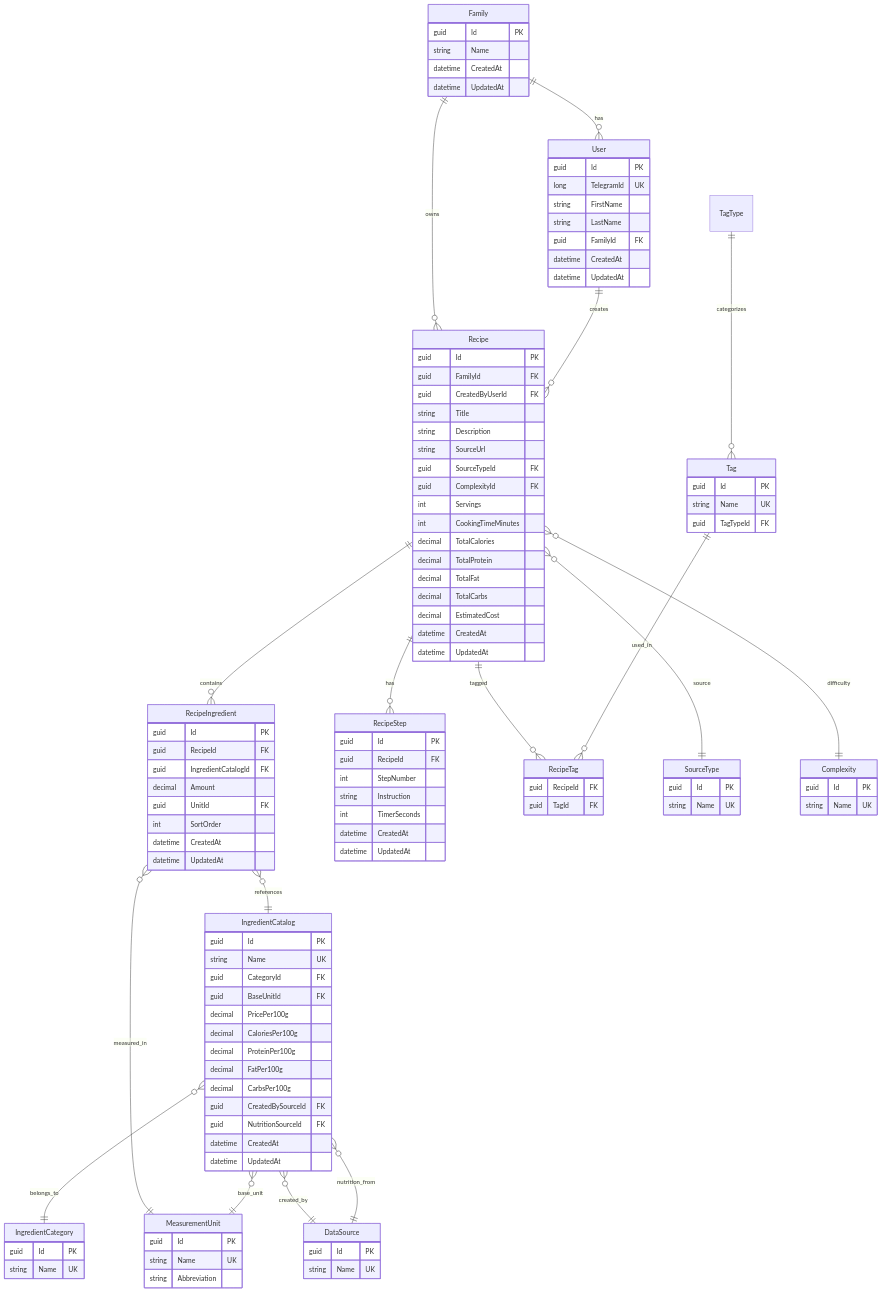
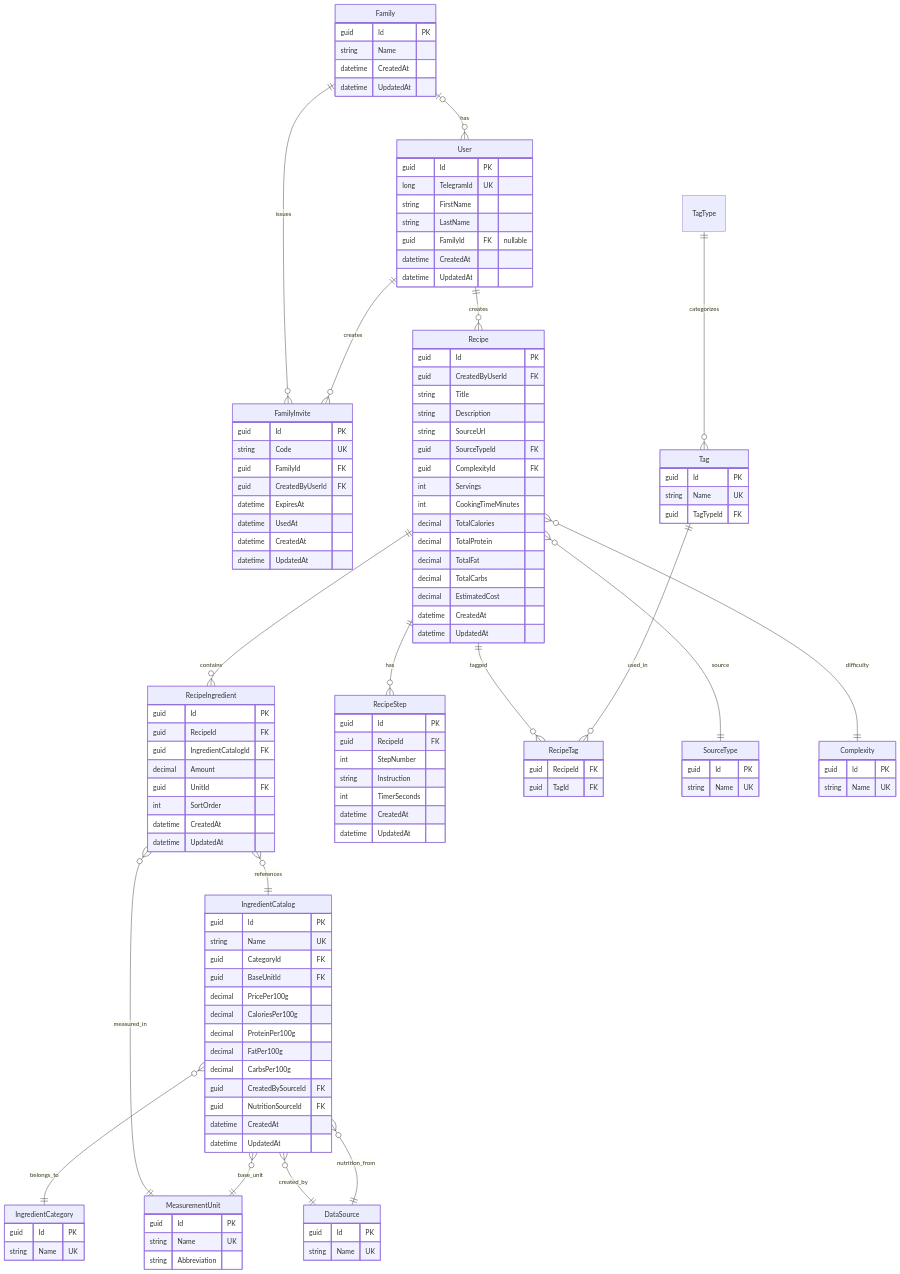
One commit to Henogapok/CookingApp changed the diagram in CLAUDE.md. Above: the diagram before and after it, drawn with Mermaid. The commit also changed other lines of this file and 49 other files, not shown here.

First line of the commit message:
Add Family/User CRUD with invite links; recipes owned by author

````diff
--- a/CLAUDE.md
+++ b/CLAUDE.md
@@ -108,7 +113,8 @@
 ```mermaid
 erDiagram
-  Family ||--o{ User : has
-  Family ||--o{ Recipe : owns
+  Family |o--o{ User : has
+  Family ||--o{ FamilyInvite : issues
+  User ||--o{ FamilyInvite : creates
   User ||--o{ Recipe : creates
   Recipe ||--o{ RecipeIngredient : contains
   Recipe ||--o{ RecipeStep : has
@@ -136,14 +142,24 @@
     long TelegramId UK
     string FirstName
     string LastName
+    guid FamilyId FK "nullable"
+    datetime CreatedAt
+    datetime UpdatedAt
+  }
+
+  FamilyInvite {
+    guid Id PK
+    string Code UK
     guid FamilyId FK
+    guid CreatedByUserId FK
+    datetime ExpiresAt
+    datetime UsedAt
     datetime CreatedAt
     datetime UpdatedAt
   }
 
   Recipe {
     guid Id PK
-    guid FamilyId FK
     guid CreatedByUserId FK
     string Title
     string Description
````
